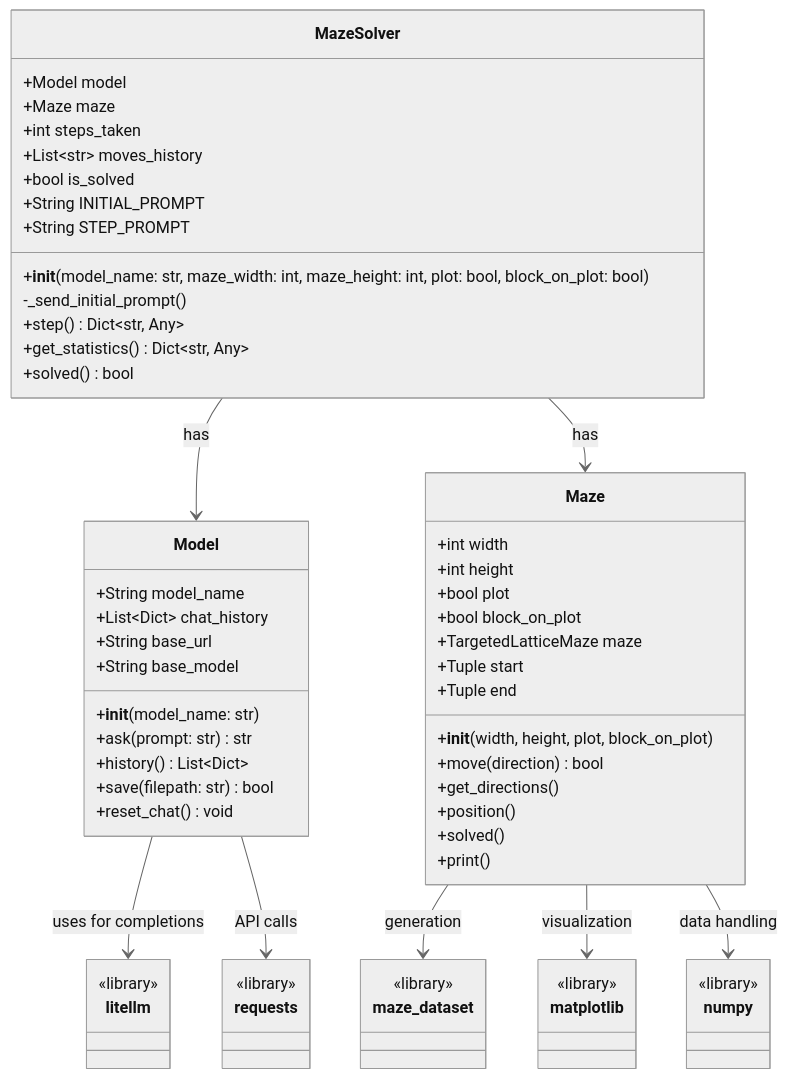
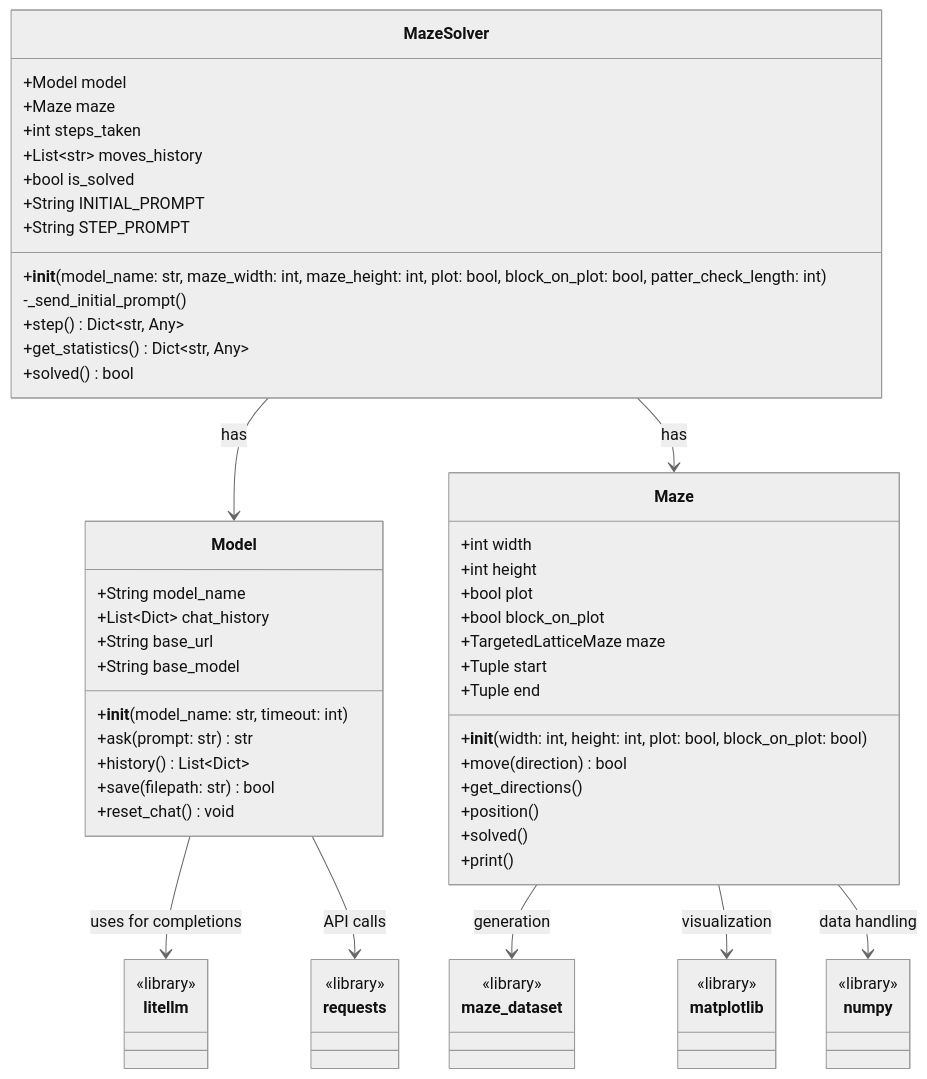
One commit to Oldranda1414/llm-maze-tester changed the diagram in README.md. Above: the diagram before and after it, drawn with Mermaid (neutral theme). The commit also changed 1 other file, not shown here.

````diff
--- a/README.md
+++ b/README.md
@@ -31,73 +31,73 @@
 ```mermaid
 classDiagram
     class Model {
         +String model_name
         +List~Dict~ chat_history
         +String base_url
         +String base_model
-        +__init__(model_name: str)
+        +__init__(model_name: str, timeout: int)
         +ask(prompt: str) str
         +history() List~Dict~
         +save(filepath: str) bool
         +reset_chat() void
     }
     
     class Maze {
         +int width
         +int height
         +bool plot
         +bool block_on_plot
         +TargetedLatticeMaze maze
         +Tuple start
         +Tuple end
-        +__init__(width, height, plot, block_on_plot)
+        +__init__(width: int, height: int, plot: bool, block_on_plot: bool)
         +move(direction) bool
         +get_directions()
         +position()
         +solved()
         +print()
     }
     
     class MazeSolver {
         +Model model
         +Maze maze
         +int steps_taken
         +List~str~ moves_history
         +bool is_solved
         +String INITIAL_PROMPT
         +String STEP_PROMPT
-        +__init__(model_name: str, maze_width: int, maze_height: int, plot: bool, block_on_plot: bool)
+        +__init__(model_name: str, maze_width: int, maze_height: int, plot: bool, block_on_plot: bool, patter_check_length: int)
         -_send_initial_prompt()
         +step() Dict~str, Any~
         +get_statistics() Dict~str, Any~
         +solved() bool
     }
     
     class litellm {
         <<library>>
     }
     
     class requests {
         <<library>>
     }
     
     class maze_dataset {
         <<library>>
     }
     
     class matplotlib {
         <<library>>
     }
     
     class numpy {
         <<library>>
     }
     
     Model --> litellm : uses for completions
     Model --> requests : API calls
     Maze --> maze_dataset : generation
     Maze --> matplotlib : visualization
     Maze --> numpy : data handling
     MazeSolver --> Model : has
     MazeSolver --> Maze : has
 ```
````
